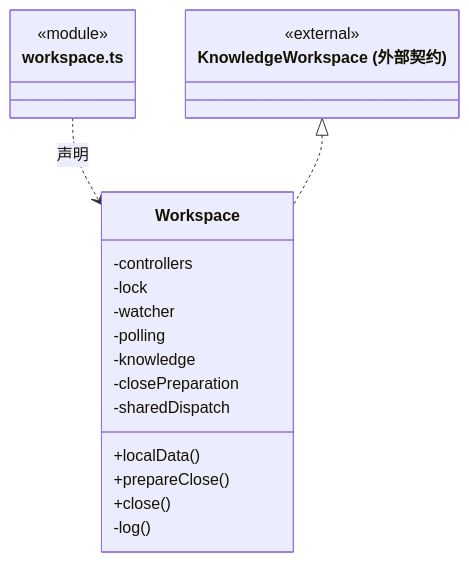
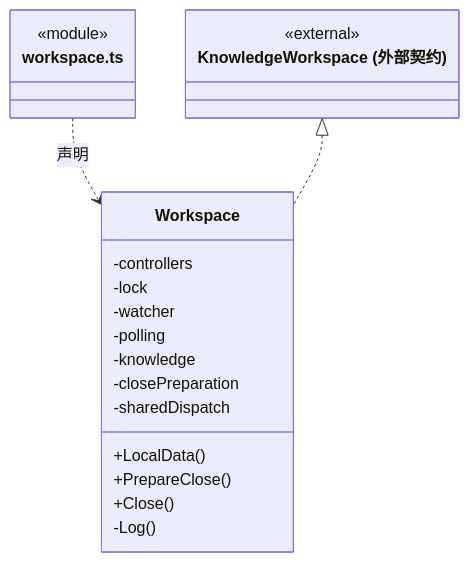
Before and after one commit to nan023062/cbim: the tenth of 12 diagrams in src/logic/workspace/service/ARCHITECTURE.md, drawn with Mermaid. The commit also changed other lines of this file and 1035 other files, not shown here.

````diff
--- a/src/logic/workspace/service/ARCHITECTURE.md
+++ b/src/logic/workspace/service/ARCHITECTURE.md
@@ -264,24 +264,24 @@
 ```mermaid
 classDiagram
 class N_src_logic_workspace_service_workspace_ts["workspace.ts"] {
   <<module>>
 }
 class N_src_logic_workspace_service_workspace_ts_Workspace["Workspace"] {
-  +localData()
-  +prepareClose()
-  +close()
+  +LocalData()
+  +PrepareClose()
+  +Close()
   -controllers
   -lock
   -watcher
   -polling
   -knowledge
   -closePreparation
   -sharedDispatch
-  -log()
+  -Log()
 }
 N_src_logic_workspace_service_workspace_ts ..> N_src_logic_workspace_service_workspace_ts_Workspace : 声明
 class N_src_logic_workspace_service_workspace_ts_external_KnowledgeWorkspace["KnowledgeWorkspace (外部契约)"] {
   <<external>>
 }
 N_src_logic_workspace_service_workspace_ts_external_KnowledgeWorkspace <|.. N_src_logic_workspace_service_workspace_ts_Workspace
 ```
````
